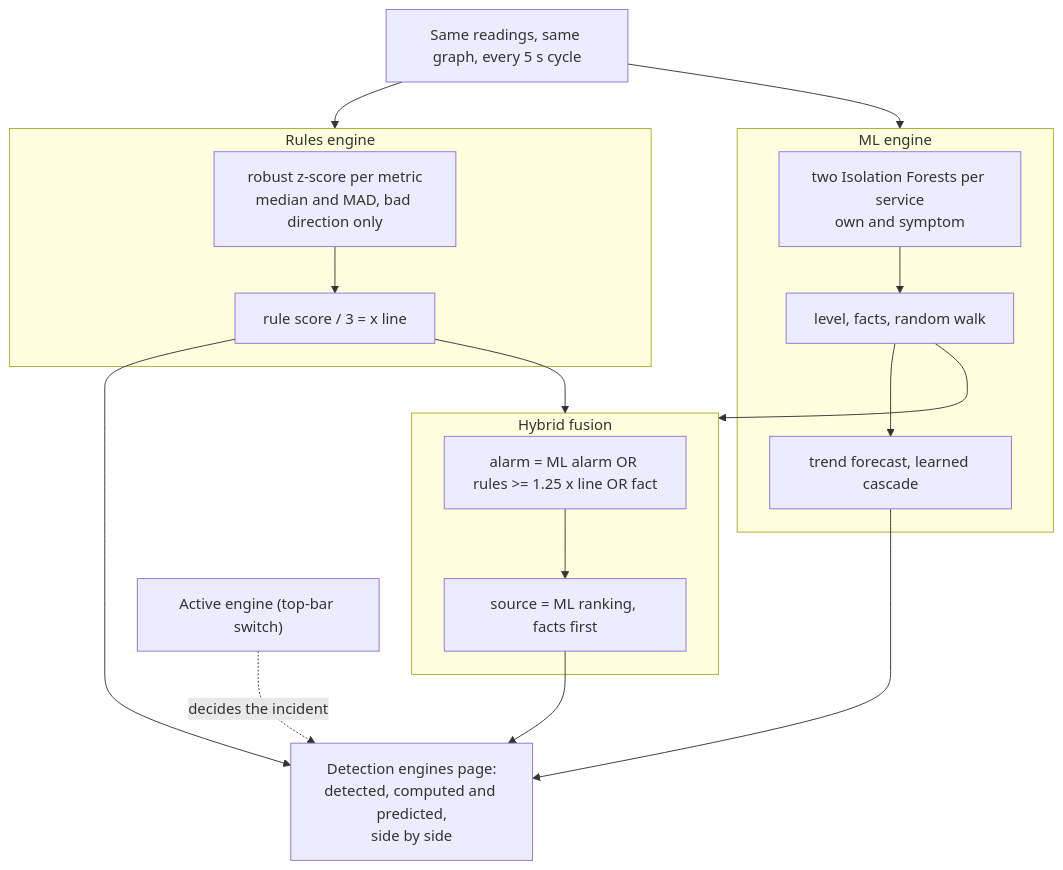
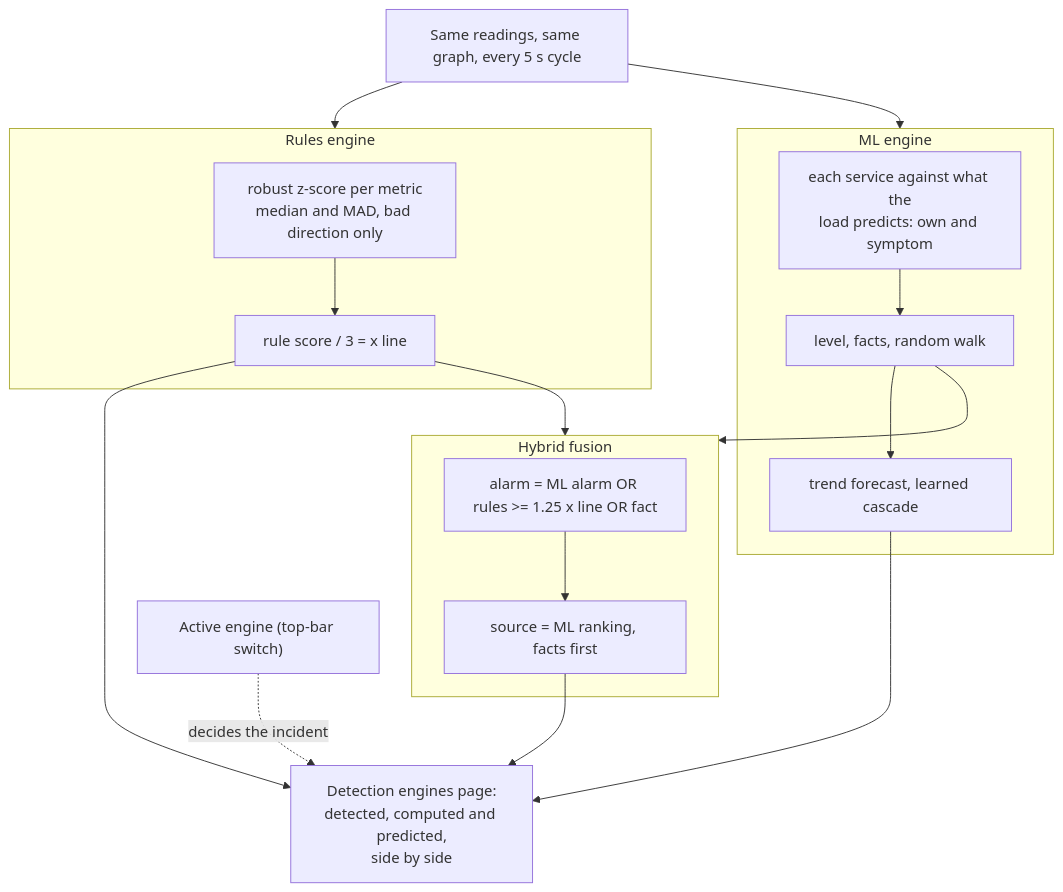
One commit to Royson-salis-18/microservice-mapper changed the diagram in report/diagrams/d_engines_parallel.mmd. Above: the diagram before and after it, drawn with Mermaid. The commit also changed 55 other files, not shown here.

```diff
--- a/report/diagrams/d_engines_parallel.mmd
+++ b/report/diagrams/d_engines_parallel.mmd
@@ -1,20 +1,20 @@
 flowchart TB
   IN["Same readings, same graph, every 5 s cycle"] --> RU
   IN --> MLs
   subgraph RU["Rules engine"]
     r1["robust z-score per metric<br/>median and MAD, bad direction only"] --> r2["rule score / 3 = x line"]
   end
   subgraph MLs["ML engine"]
-    m1["two Isolation Forests per service<br/>own and symptom"] --> m2["level, facts, random walk"]
+    m1["each service against what the<br/>load predicts: own and symptom"] --> m2["level, facts, random walk"]
     m2 --> m3["trend forecast, learned cascade"]
   end
   r2 --> HY
   m2 --> HY
   subgraph HY["Hybrid fusion"]
     h1["alarm = ML alarm OR rules >= 1.25 x line OR fact"] --> h2["source = ML ranking, facts first"]
   end
   r2 --> OUT
   m3 --> OUT
   h2 --> OUT
   OUT["Detection engines page:<br/>detected, computed and predicted,<br/>side by side"]
   ACT["Active engine (top-bar switch)"] -.->|"decides the incident"| OUT
```
